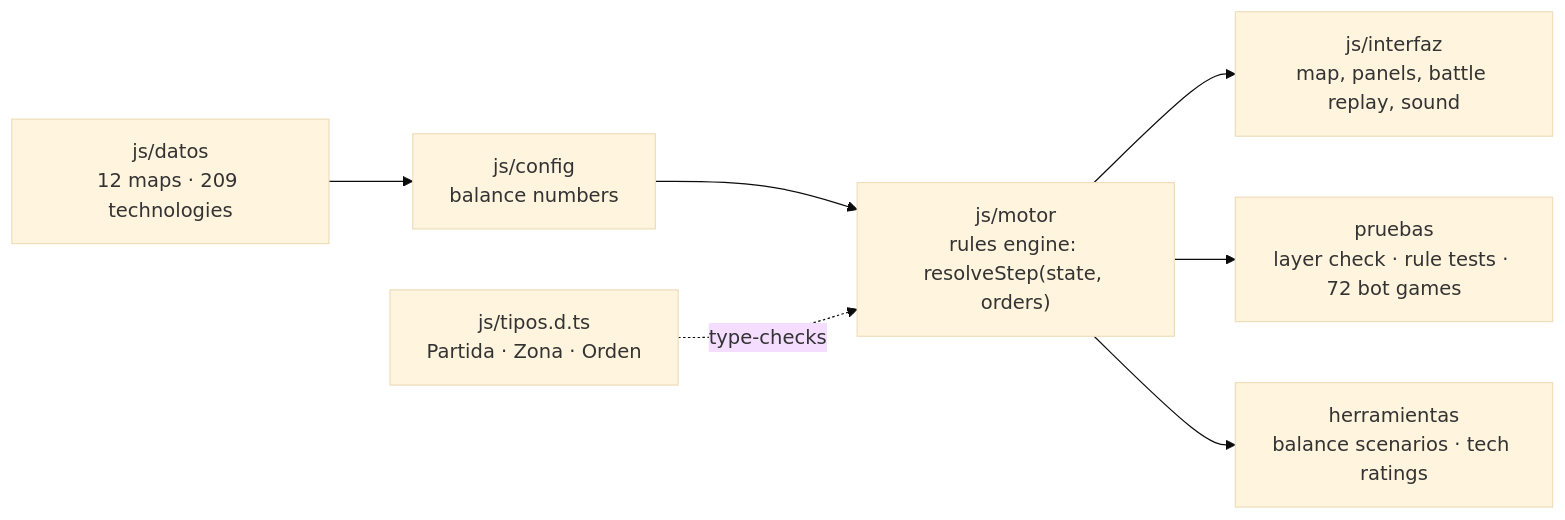
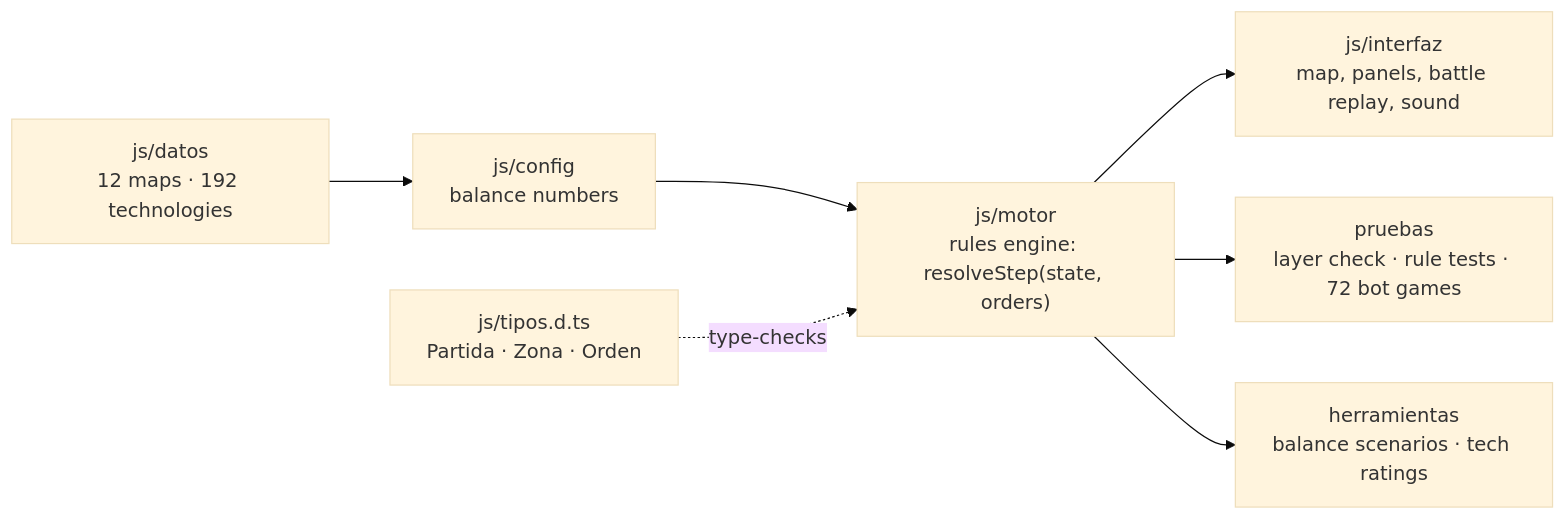
Before and after one commit to Alejandroinfo/Imperial-steps: the diagram in README.md, drawn with Mermaid (base theme). The commit also changed other lines of this file and 17 other files, not shown here.

````diff
--- a/README.md
+++ b/README.md
@@ -56,9 +56,9 @@
 ```mermaid
 flowchart LR
-  D["js/datos<br/>12 maps · 209 technologies"] --> C["js/config<br/>balance numbers"]
+  D["js/datos<br/>12 maps · 192 technologies"] --> C["js/config<br/>balance numbers"]
   C --> E["js/motor<br/>rules engine: resolveStep(state, orders)"]
   E --> I["js/interfaz<br/>map, panels, battle replay, sound"]
   T["js/tipos.d.ts<br/>Partida · Zona · Orden"] -. type-checks .-> E
   E --> P["pruebas<br/>layer check · rule tests · 72 bot games"]
   E --> H["herramientas<br/>balance scenarios · tech ratings"]
 ```
````
